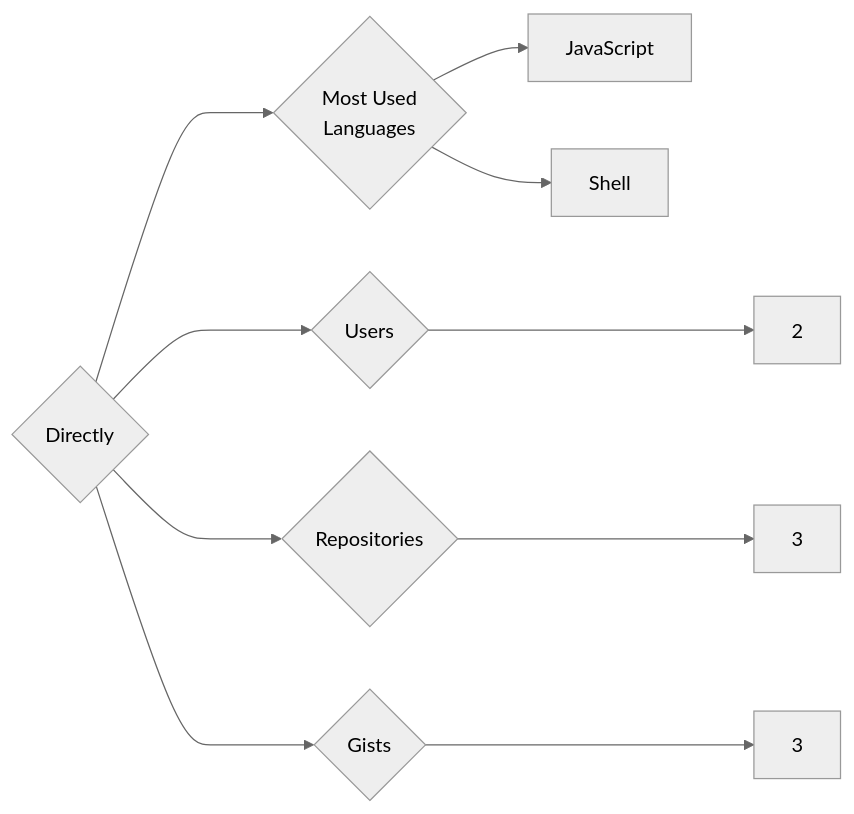
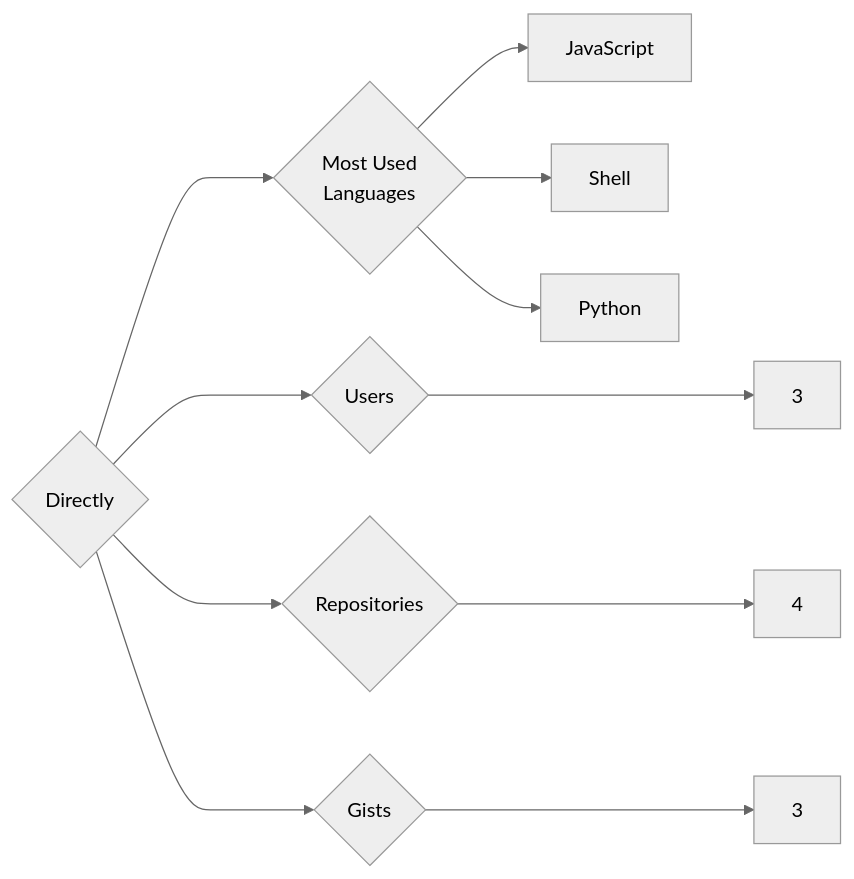
The diagram in targets/Directly/README.md (trickest/insiders), drawn with Mermaid (neutral theme) before and after one commit. The commit also changed 640 other files, not shown here.

````diff
--- a/targets/Directly/README.md
+++ b/targets/Directly/README.md
@@ -3,10 +3,11 @@
 ```mermaid
 graph LR
 COMPANY_NAME{Directly}
-COMPANY_NAME ---> U{Users} ---> UN[2]
-COMPANY_NAME ---> R{Repositories} ---> RN[3]
+COMPANY_NAME ---> U{Users} ---> UN[3]
+COMPANY_NAME ---> R{Repositories} ---> RN[4]
 COMPANY_NAME ---> G{Gists} ---> GN[3]
 COMPANY_NAME ---> ML{Most Used<br>Languages}
 ML --> JavaScript[JavaScript]
 ML --> Shell[Shell]
+ML --> Python[Python]
 ```
````
